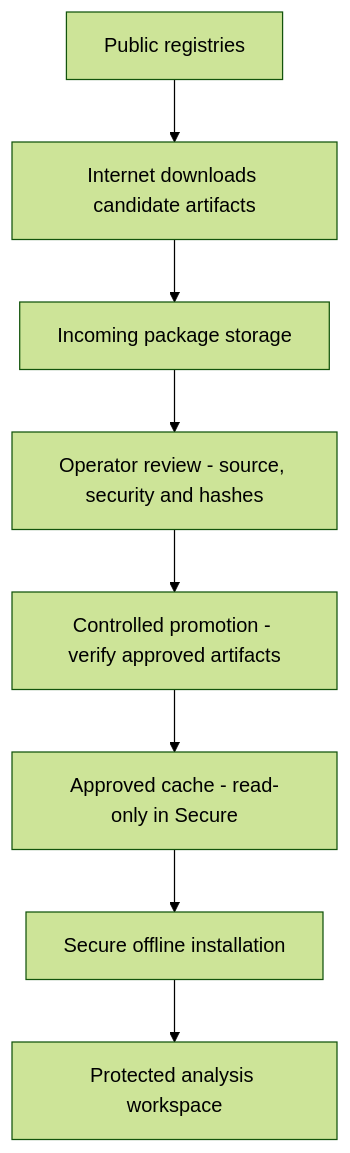
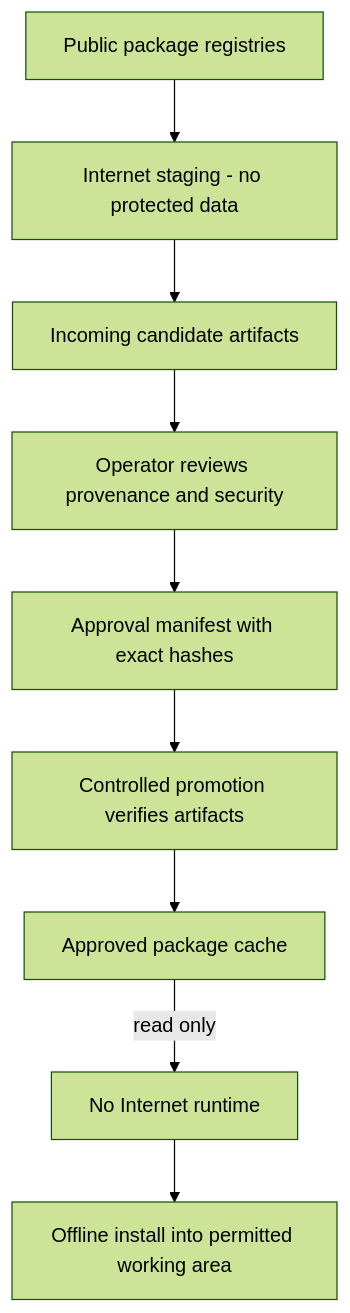
The third of 3 diagrams in docs/DSH_RDT_PILOT_SECURITY_CONTROL_ASSESSMENT.md (skunpoj/dsh_setup), drawn with Mermaid (forest theme) before and after one commit. The commit also changed other lines of this file and 6 other files, not shown here.

````diff
--- a/docs/DSH_RDT_PILOT_SECURITY_CONTROL_ASSESSMENT.md
+++ b/docs/DSH_RDT_PILOT_SECURITY_CONTROL_ASSESSMENT.md
@@ -89,10 +149,11 @@
 ```mermaid
 flowchart TB
- P[Public registries] --> O[Internet downloads candidate artifacts]
- O --> IN[Incoming package storage]
- IN --> R[Operator review - source, security and hashes]
- R --> J[Controlled promotion - verify approved artifacts]
- J --> C[Approved cache - read-only in Secure]
- C --> S[Secure offline installation]
- S --> W[Protected analysis workspace]
+ P[Public package registries] --> I[Internet staging - no protected data]
+ I --> IN[Incoming candidate artifacts]
+ IN --> R[Operator reviews provenance and security]
+ R --> H[Approval manifest with exact hashes]
+ H --> J[Controlled promotion verifies artifacts]
+ J --> C[Approved package cache]
+ C -->|read only| S[No Internet runtime]
+ S --> O[Offline install into permitted working area]
 ```
````
